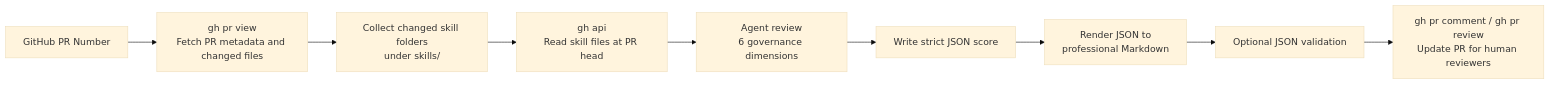
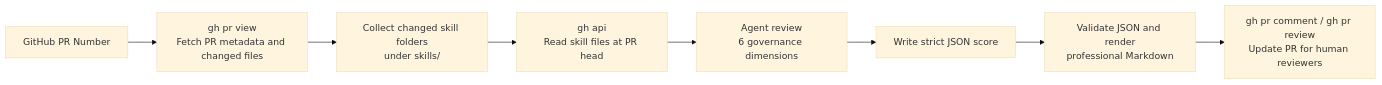
The diagram in skills/skills-quality-evaluator/SKILL.md (albertshao/shawn-skills), drawn with Mermaid (base theme) before and after one commit. The commit also changed other lines of this file and 1 other file, not shown here.

Commit message:
refactor: require markdown rendering and pr update

````diff
--- a/skills/skills-quality-evaluator/SKILL.md
+++ b/skills/skills-quality-evaluator/SKILL.md
@@ -22,11 +22,10 @@
 ```mermaid
 flowchart LR
     A["GitHub PR Number"] --> B["gh pr view<br/>Fetch PR metadata and changed files"]
     B --> C["Collect changed skill folders<br/>under skills/"]
     C --> D["gh api<br/>Read skill files at PR head"]
     D --> E["Agent review<br/>6 governance dimensions"]
     E --> F["Write strict JSON score"]
-    F --> G["Render JSON to<br/>professional Markdown"]
-    G --> H["Optional JSON validation"]
-    H --> I["gh pr comment / gh pr review<br/>Update PR for human reviewers"]
+    F --> G["Validate JSON and render<br/>professional Markdown"]
+    G --> H["gh pr comment / gh pr review<br/>Update PR for human reviewers"]
 ```
````
